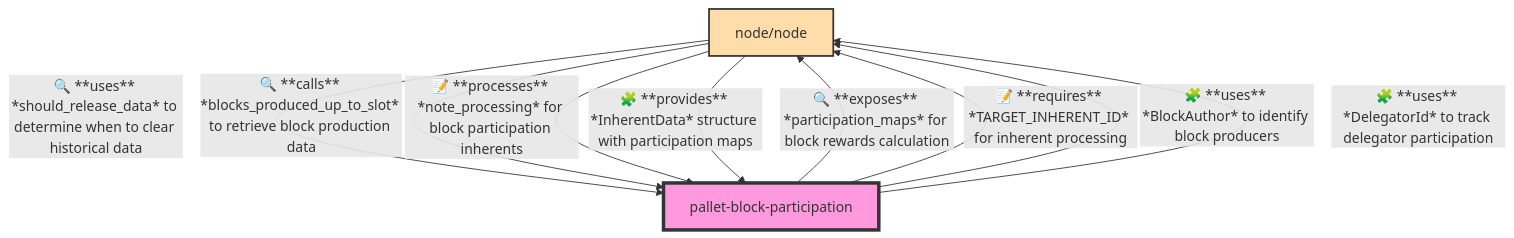
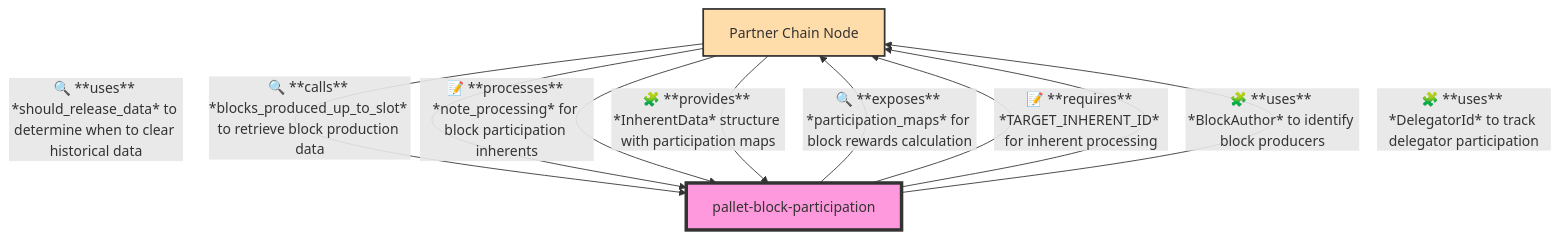
Before and after one commit to input-output-hk/partner-chains: the second of 2 diagrams in toolkit/pallets/block-participation/README.md, drawn with Mermaid. The commit also changed 4 other files, not shown here.

````diff
--- a/toolkit/pallets/block-participation/README.md
+++ b/toolkit/pallets/block-participation/README.md
@@ -188,24 +188,24 @@
 ```mermaid
 graph TB
 classDef main fill:#f9d,stroke:#333,stroke-width:4px
 classDef node fill:#fda,stroke:#333,stroke-width:2px
 classDef dependency fill:#ddd,stroke:#333,stroke-width:1px
 
 %% Node (positioned above)
-node[node/node]:::node
+node[Partner Chain Node]:::consumer
 
 %% Main pallet (in the middle)
 blockParticipation[pallet-block-participation]:::main
 
 %% Relationships between node and block-participation pallet
 node -->|🔍 **uses** *should_release_data* to determine when to clear historical data| blockParticipation
 node -->|🔍 **calls** *blocks_produced_up_to_slot* to retrieve block production data| blockParticipation
 node -->|📝 **processes** *note_processing* for block participation inherents| blockParticipation
 node -->|🧩 **provides** *InherentData* structure with participation maps| blockParticipation
 
 %% Relationships that block-participation exposes to the node
 blockParticipation -->|🔍 **exposes** *participation_maps* for block rewards calculation| node
 blockParticipation -->|📝 **requires** *TARGET_INHERENT_ID* for inherent processing| node
 blockParticipation -->|🧩 **uses** *BlockAuthor* to identify block producers| node
 blockParticipation -->|🧩 **uses** *DelegatorId* to track delegator participation| node
 ```
````
